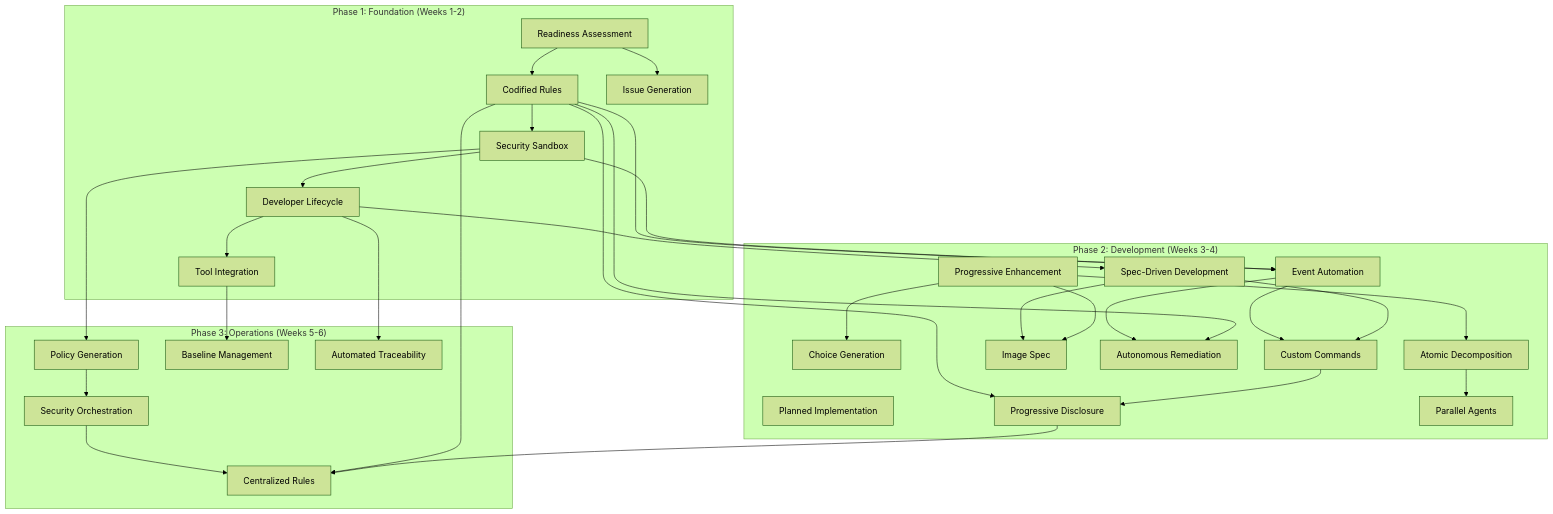
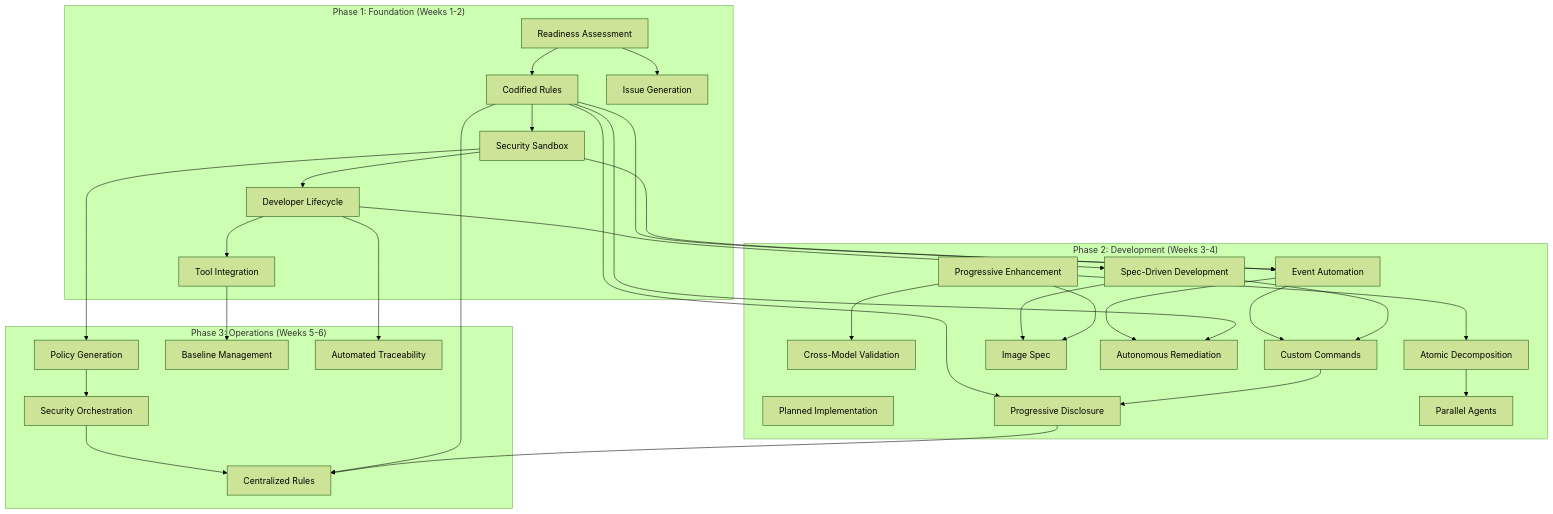
Before and after one commit to PaulDuvall/ai-development-patterns: the second of 17 diagrams in README.md, drawn with Mermaid (forest theme). The commit also changed other lines of this file and 5 other files, not shown here.

First line of the commit message:
refactor(patterns): reframe Choice Generation as Cross-Model Validation

````diff
--- a/README.md
+++ b/README.md
@@ -118,45 +118,45 @@
 ```mermaid
 graph TD
     subgraph "Phase 1: Foundation (Weeks 1-2)"
         A[Readiness Assessment] --> B[Codified Rules]
         B --> C[Security Sandbox]
         C --> D[Developer Lifecycle]
         A --> E[Issue Generation]
         D --> F[Tool Integration]
     end
 
     subgraph "Phase 2: Development (Weeks 3-4)"
         D --> G[Spec-Driven Development]
         H[Planned Implementation]
         I[Progressive Enhancement]
-        I --> J[Choice Generation]
+        I --> J[Cross-Model Validation]
         Q[Event Automation]
         R[Custom Commands]
         S[Progressive Disclosure]
         U[Image Spec]
         V[Autonomous Remediation]
         I --> K[Atomic Decomposition]
         K --> L[Parallel Agents]
     end
 
     subgraph "Phase 3: Operations (Weeks 5-6)"
         C --> M[Policy Generation]
         M --> N[Security Orchestration]
         N --> T[Centralized Rules]
         F --> O[Baseline Management]
         D --> P[Automated Traceability]
     end
 
     B --> Q
     C --> Q
     Q --> R
     G --> R
     B --> S
     R --> S
     B --> T
     S --> T
     G --> U
     I --> U
     Q --> V
     B --> V
 ```
````
